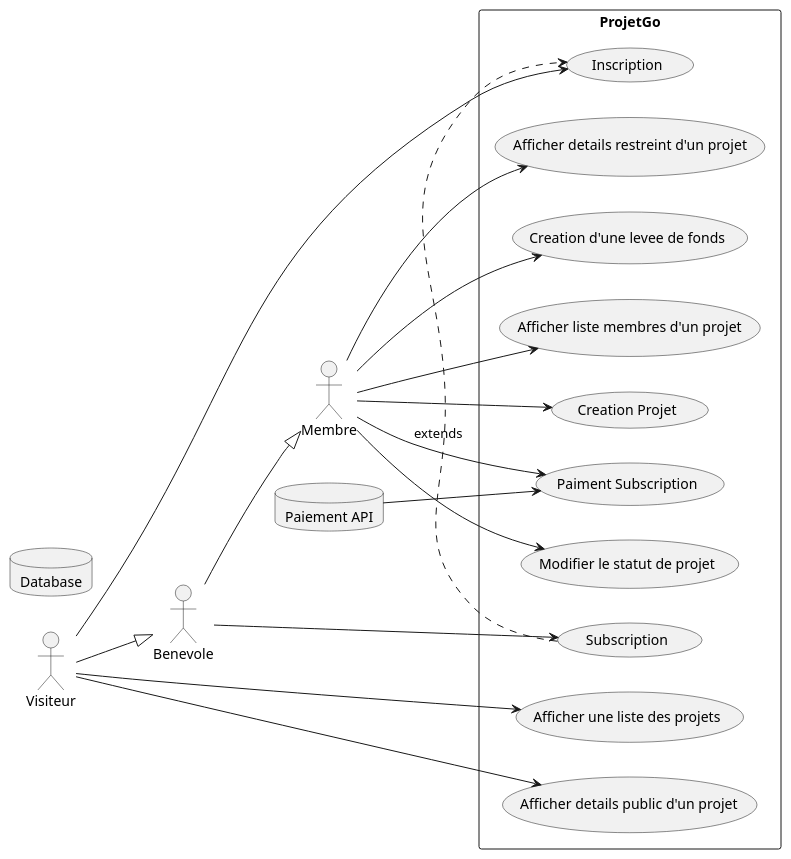
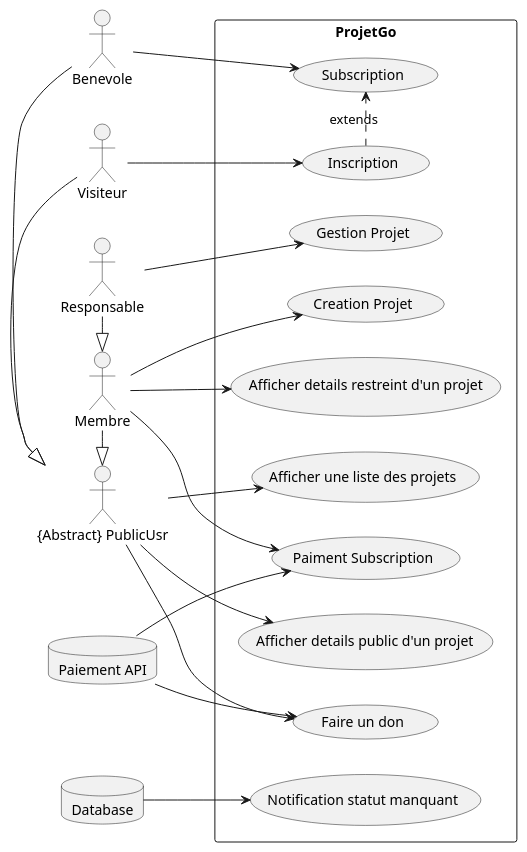
Before and after one commit to feanPelix/projetgo: the first of 2 diagrams in usecase-diagram.wsd, drawn with PlantUML. The commit also changed other lines of this file, not shown here.

Commit message:
Use JF diagram and adds missing cases

```diff
--- a/usecase-diagram.wsd
+++ b/usecase-diagram.wsd
@@ -1,40 +1,47 @@
-@startuml
+@startuml ProjetGo
 left to right direction
-
+:Responsable:
 :Membre:
 :Benevole:
 :Visiteur:
+:{Abstract} PublicUsr: as public
+
+Membre -|> public
+Benevole -|> public
+Visiteur -|> public
+Responsable -|> Membre
+
 database "Database" as Db
-database "Paiement API" as api
+database "Paiement API" as API
 
 rectangle ProjetGo {
-  Visiteur --> (Inscription)  
+  Visiteur --> (Inscription)
   Benevole --> (Subscription)
-  (Subscription) .> Inscription : extends
+  Inscription .> (Subscription) : extends
 
-  Membre --> (Paiment Subscription)
-  api --> (Paiment Subscription)
+  (Paiment Subscription) as SubFee
+  Membre --> SubFee
+  API --> SubFee
   
+  Membre --> (Creation Projet)
 
-  Membre --> (Creation Projet)
-  Membre --> (Modifier le statut de projet)
+  Responsable --> (Gestion Projet)
 
   (Afficher une liste des projets) as ListeProjet
-  Visiteur --> ListeProjet
+  public --> ListeProjet
 
   (Afficher details public d'un projet) as AccesPublic
-  Visiteur --> AccesPublic
-
+  public --> AccesPublic
+  
   (Afficher details restreint d'un projet) as AccesRestreint
   Membre --> AccesRestreint
 
-  Membre -> (Afficher liste membres d'un projet) 
+  (Notification statut manquant) as Notify
+  Db --> Notify
 
-  Membre --> (Creation d'une levee de fonds)
-
+  (Faire un don) as Don
+  public --> Don
+  API --> Don
 
 }
-
-Visiteur --|> Benevole
-Benevole --|> Membre
 @enduml
```
